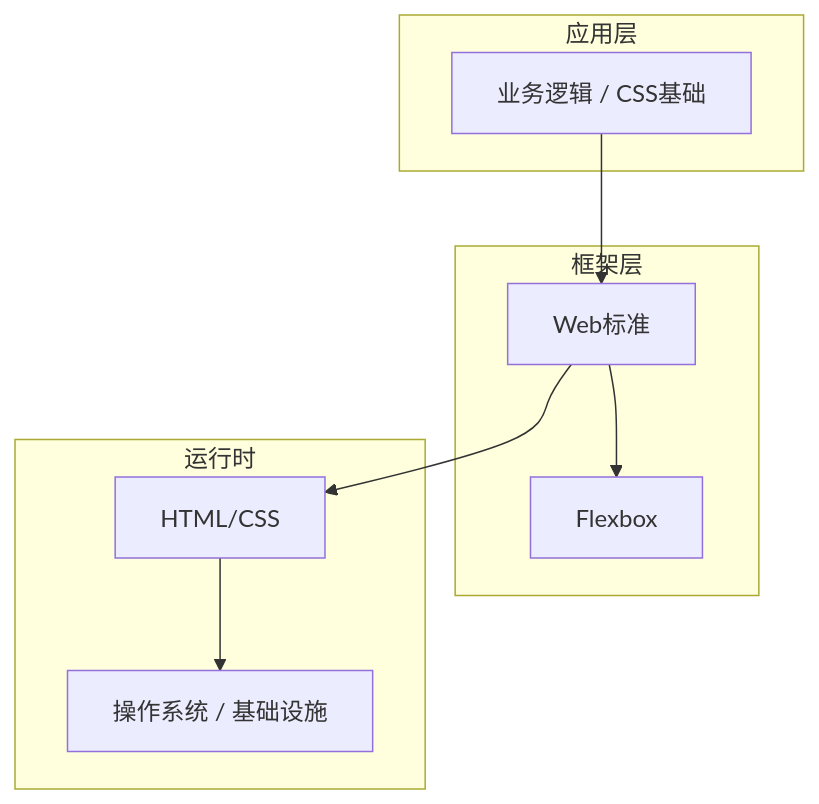
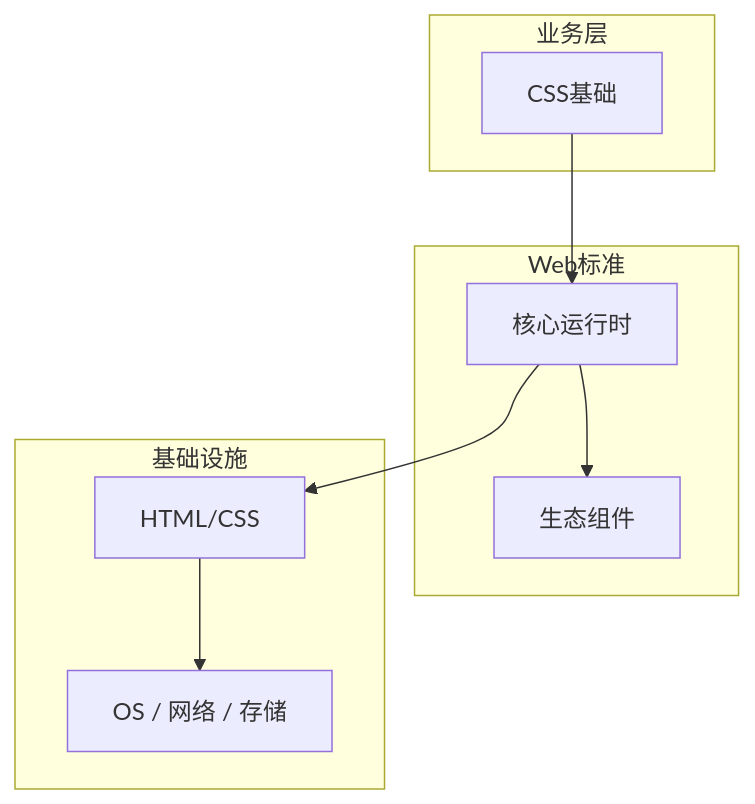
Before and after one commit to yanggan2015/knowledge-json-v2: the diagram in articles/HTML与CSS/chapters/041-CSS基础核心概念与原理.md, drawn with Mermaid. The commit also changed other lines of this file and 10127 other files, not shown here.

````diff
--- a/articles/HTML与CSS/chapters/041-CSS基础核心概念与原理.md
+++ b/articles/HTML与CSS/chapters/041-CSS基础核心概念与原理.md
@@ -45,18 +34,18 @@
 ```mermaid
 graph TB
-    subgraph 应用层
-        A[业务逻辑 / CSS基础]
+    subgraph 业务层
+        A[CSS基础]
     end
-    subgraph 框架层
-        B[Web标准]
-        C[Flexbox]
+    subgraph Web标准
+        B[核心运行时]
+        C[生态组件]
     end
-    subgraph 运行时
+    subgraph 基础设施
         D[HTML/CSS]
-        E[操作系统 / 基础设施]
+        E[OS / 网络 / 存储]
     end
     A --> B
     B --> C
     B --> D
     D --> E
 ```
````
